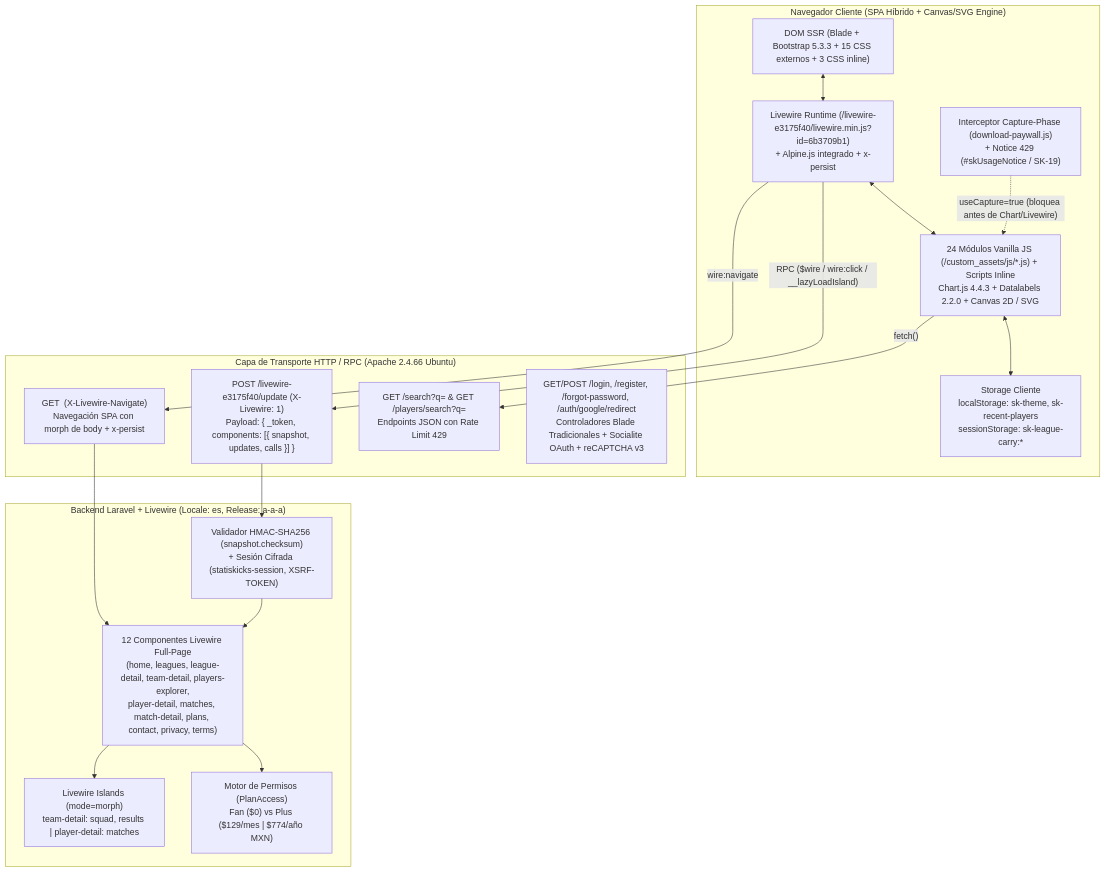
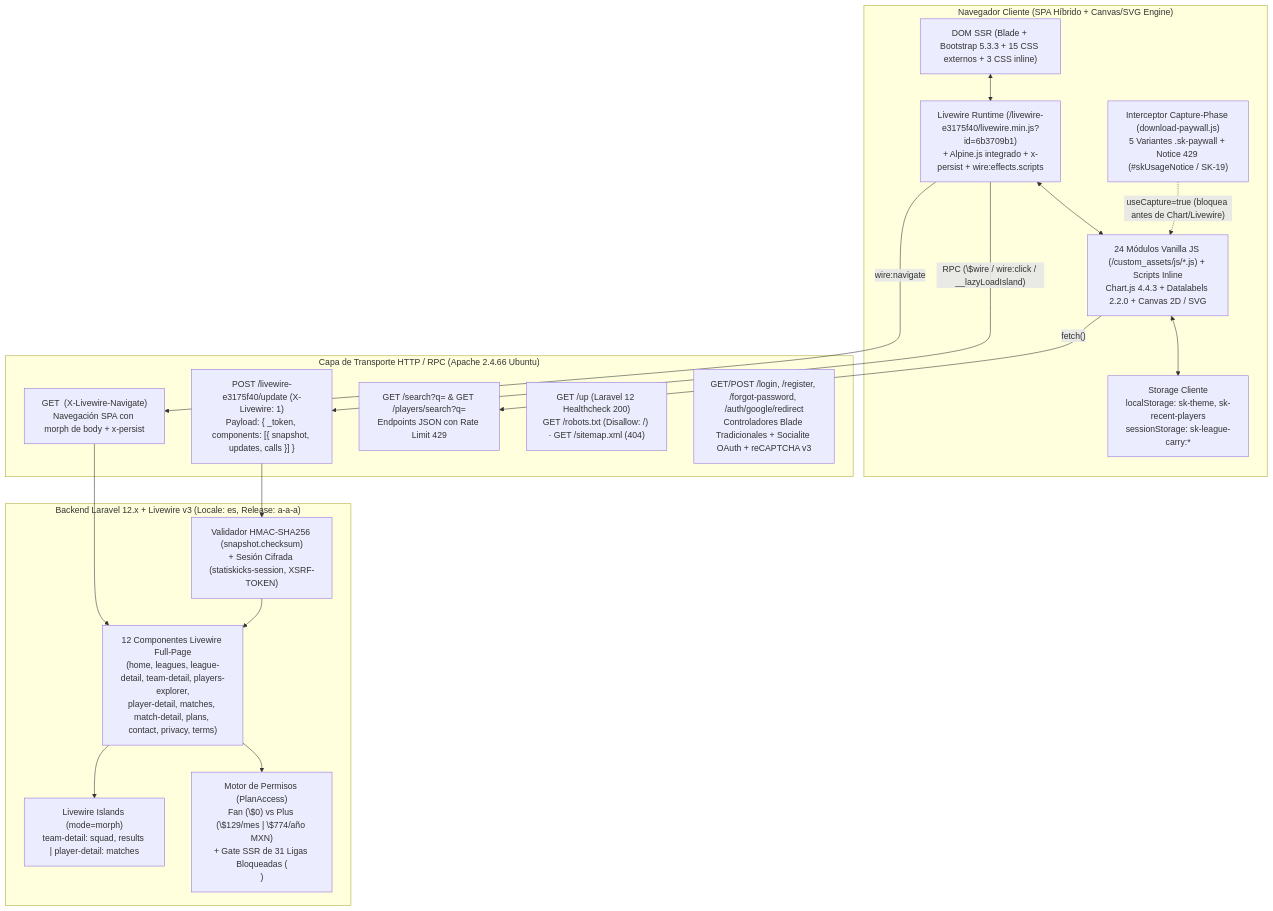
Before and after one commit to jairbonillacan-cmd/pitch: the first of 2 diagrams in reports/02-architecture-and-routing.md, drawn with Mermaid. The commit also changed other lines of this file and 67 other files, not shown here.

````diff
--- a/reports/02-architecture-and-routing.md
+++ b/reports/02-architecture-and-routing.md
@@ -14,36 +14,37 @@
 ```mermaid
 flowchart TB
     subgraph Client["Navegador Cliente (SPA Híbrido + Canvas/SVG Engine)"]
         BladeDOM["DOM SSR (Blade + Bootstrap 5.3.3 + 15 CSS externos + 3 CSS inline)"]
-        LivewireJS["Livewire Runtime (/livewire-e3175f40/livewire.min.js?id=6b3709b1)<br/>+ Alpine.js integrado + x-persist"]
+        LivewireJS["Livewire Runtime (/livewire-e3175f40/livewire.min.js?id=6b3709b1)<br/>+ Alpine.js integrado + x-persist + wire:effects.scripts"]
         CustomJS["24 Módulos Vanilla JS (/custom_assets/js/*.js) + Scripts Inline<br/>Chart.js 4.4.3 + Datalabels 2.2.0 + Canvas 2D / SVG"]
         Storage["Storage Cliente<br/>localStorage: sk-theme, sk-recent-players<br/>sessionStorage: sk-league-carry:*"]
-        PaywallJS["Interceptor Capture-Phase (download-paywall.js)<br/>+ Notice 429 (#skUsageNotice / SK-19)"]
+        PaywallJS["Interceptor Capture-Phase (download-paywall.js)<br/>5 Variantes .sk-paywall + Notice 429 (#skUsageNotice / SK-19)"]
     end
 
     subgraph Transport["Capa de Transporte HTTP / RPC (Apache 2.4.66 Ubuntu)"]
         WireNavigate["GET <ruta> (X-Livewire-Navigate)<br/>Navegación SPA con morph de body + x-persist"]
         WireUpdate["POST /livewire-e3175f40/update (X-Livewire: 1)<br/>Payload: { _token, components: [{ snapshot, updates, calls }] }"]
         SearchJSON["GET /search?q= & GET /players/search?q=<br/>Endpoints JSON con Rate Limit 429"]
+        InfraRoutes["GET /up (Laravel 12 Healthcheck 200)<br/>GET /robots.txt (Disallow: /) · GET /sitemap.xml (404)"]
         AuthRoutes["GET/POST /login, /register, /forgot-password, /auth/google/redirect<br/>Controladores Blade Tradicionales + Socialite OAuth + reCAPTCHA v3"]
     end
 
-    subgraph Server["Backend Laravel + Livewire (Locale: es, Release: a-a-a)"]
+    subgraph Server["Backend Laravel 12.x + Livewire v3 (Locale: es, Release: a-a-a)"]
         LWComponents["12 Componentes Livewire Full-Page<br/>(home, leagues, league-detail, team-detail, players-explorer,<br/>player-detail, matches, match-detail, plans, contact, privacy, terms)"]
         LWIslands["Livewire Islands (mode=morph)<br/>team-detail: squad, results | player-detail: matches"]
         HMAC["Validador HMAC-SHA256 (snapshot.checksum)<br/>+ Sesión Cifrada (statiskicks-session, XSRF-TOKEN)"]
-        PlanGate["Motor de Permisos (PlanAccess)<br/>Fan ($0) vs Plus ($129/mes | $774/año MXN)"]
+        PlanGate["Motor de Permisos (PlanAccess)<br/>Fan (\$0) vs Plus (\$129/mes | \$774/año MXN)<br/>+ Gate SSR de 31 Ligas Bloqueadas (<section class='league-locked'>)"]
     end
 
     BladeDOM <--> LivewireJS
     LivewireJS <--> CustomJS
     CustomJS <--> Storage
     PaywallJS -.->|"useCapture=true (bloquea antes de Chart/Livewire)"| CustomJS
     LivewireJS -->|"wire:navigate"| WireNavigate
-    LivewireJS -->|"RPC ($wire / wire:click / __lazyLoadIsland)"| WireUpdate
+    LivewireJS -->|"RPC (\$wire / wire:click / __lazyLoadIsland)"| WireUpdate
     CustomJS -->|"fetch()"| SearchJSON
     WireNavigate --> LWComponents
     WireUpdate --> HMAC --> LWComponents
     LWComponents --> LWIslands
     LWComponents --> PlanGate
 ```
````
